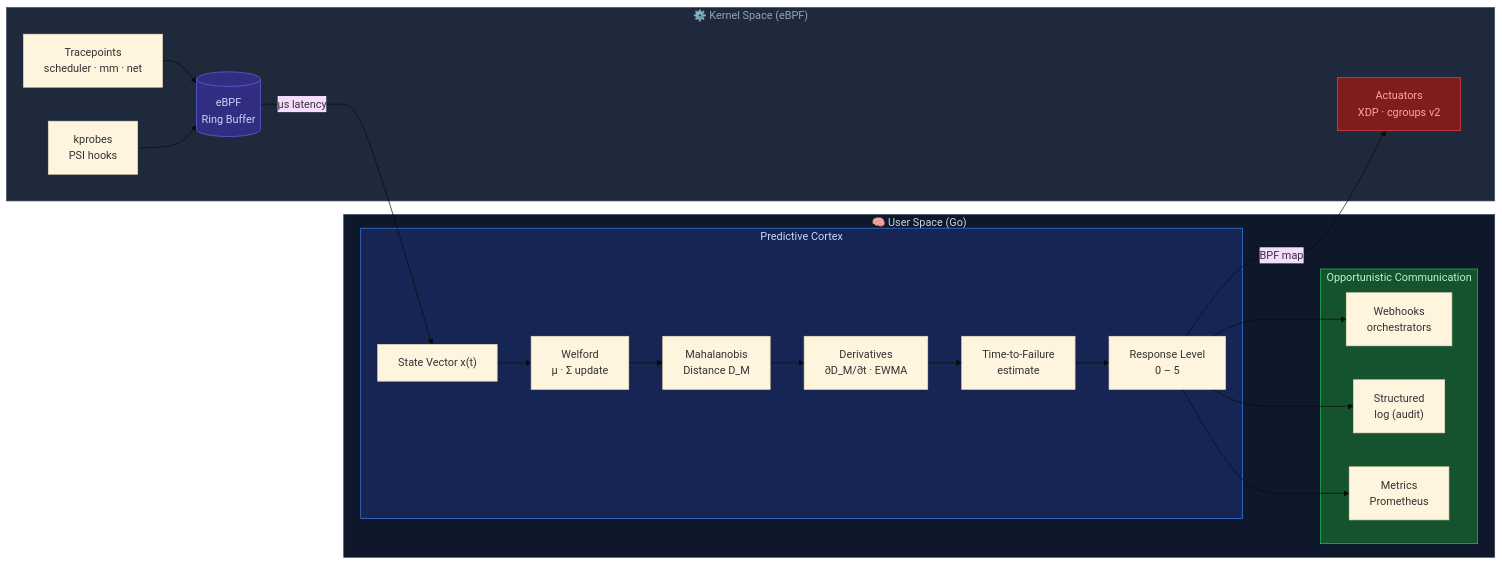
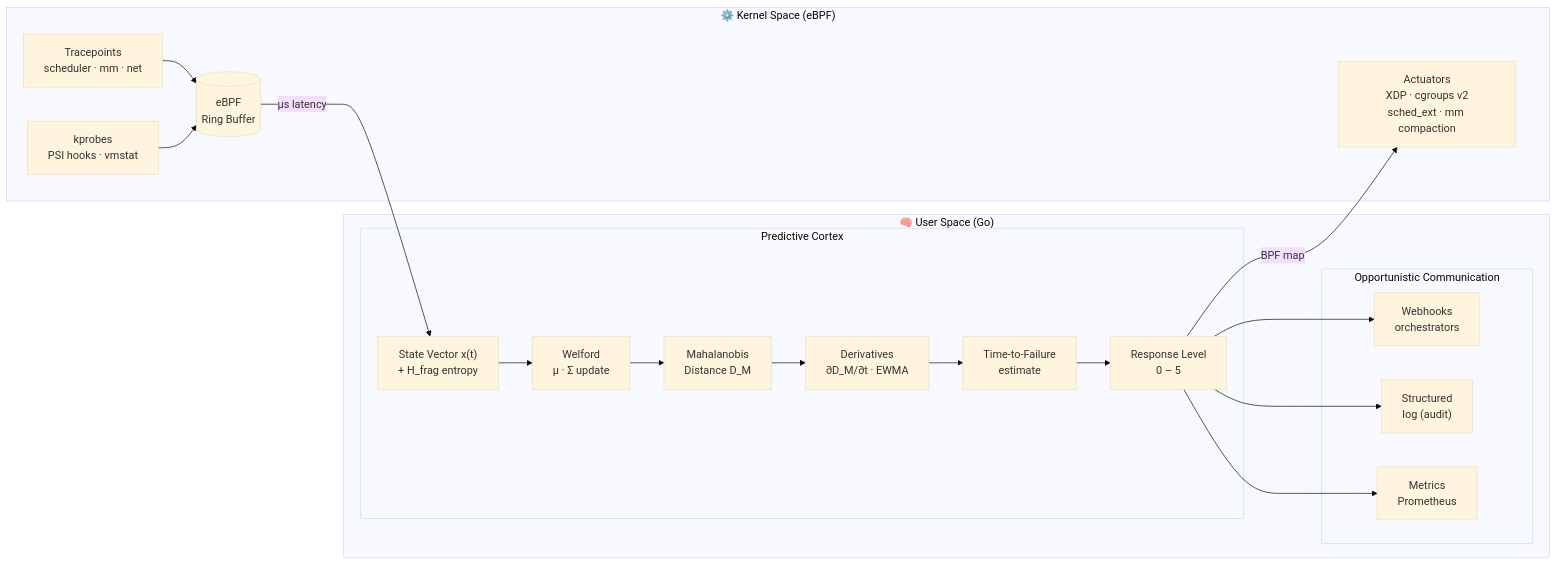
Before and after one commit to bricio-sr/hosa: the second of 2 diagrams in README.md, drawn with Mermaid (base theme). The commit also changed other lines of this file and 2 other files, not shown here.

````diff
--- a/README.md
+++ b/README.md
@@ -248,40 +242,33 @@
 ```mermaid
 graph LR
     subgraph KS["⚙️ Kernel Space (eBPF)"]
         TP["Tracepoints\nscheduler · mm · net"]
-        KP["kprobes\nPSI hooks"]
+        KP["kprobes\nPSI hooks · vmstat"]
         RB[("eBPF\nRing Buffer")]
-        XDP["Actuators\nXDP · cgroups v2"]
+        XDP["Actuators\nXDP · cgroups v2\nsched_ext · mm compaction"]
     end
 
     subgraph US["🧠 User Space (Go)"]
         subgraph PC["Predictive Cortex"]
-            SV["State Vector x(t)"]
+            SV["State Vector x(t)\n+ H_frag entropy"]
             WF["Welford\nμ · Σ update"]
             MD["Mahalanobis\nDistance D_M"]
             DV["Derivatives\n∂D_M/∂t · EWMA"]
             TF["Time-to-Failure\nestimate"]
             RL["Response Level\n0 – 5"]
         end
 
         subgraph OC["Opportunistic Communication"]
             WH["Webhooks\norchestrators"]
             LOG["Structured\nlog (audit)"]
             MT["Metrics\nPrometheus"]
         end
     end
 
     TP --> RB
     KP --> RB
     RB -->|"μs latency"| SV
     SV --> WF --> MD --> DV --> TF --> RL
     RL -->|"BPF map"| XDP
     RL --> WH & LOG & MT
-
-    style KS fill:#1e293b,color:#94a3b8,stroke:#475569
-    style US fill:#0f172a,color:#cbd5e1,stroke:#334155
-    style PC fill:#172554,color:#bfdbfe,stroke:#3b82f6
-    style OC fill:#14532d,color:#bbf7d0,stroke:#22c55e
-    style XDP fill:#7f1d1d,color:#fca5a5,stroke:#ef4444
-    style RB  fill:#312e81,color:#c7d2fe,stroke:#6366f1
 ```
````
